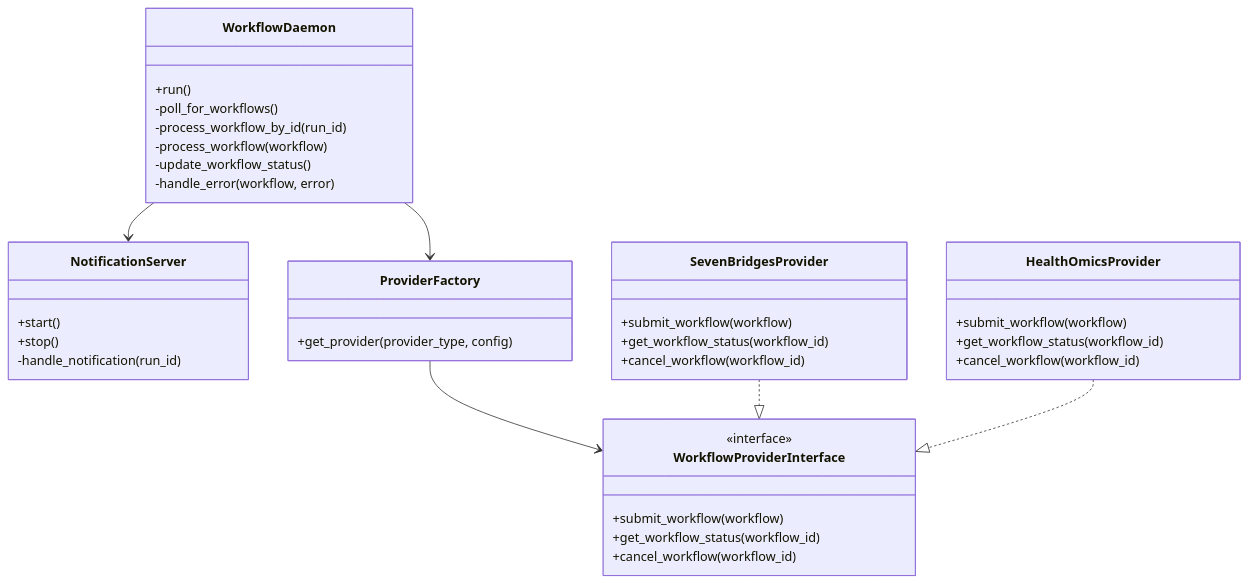
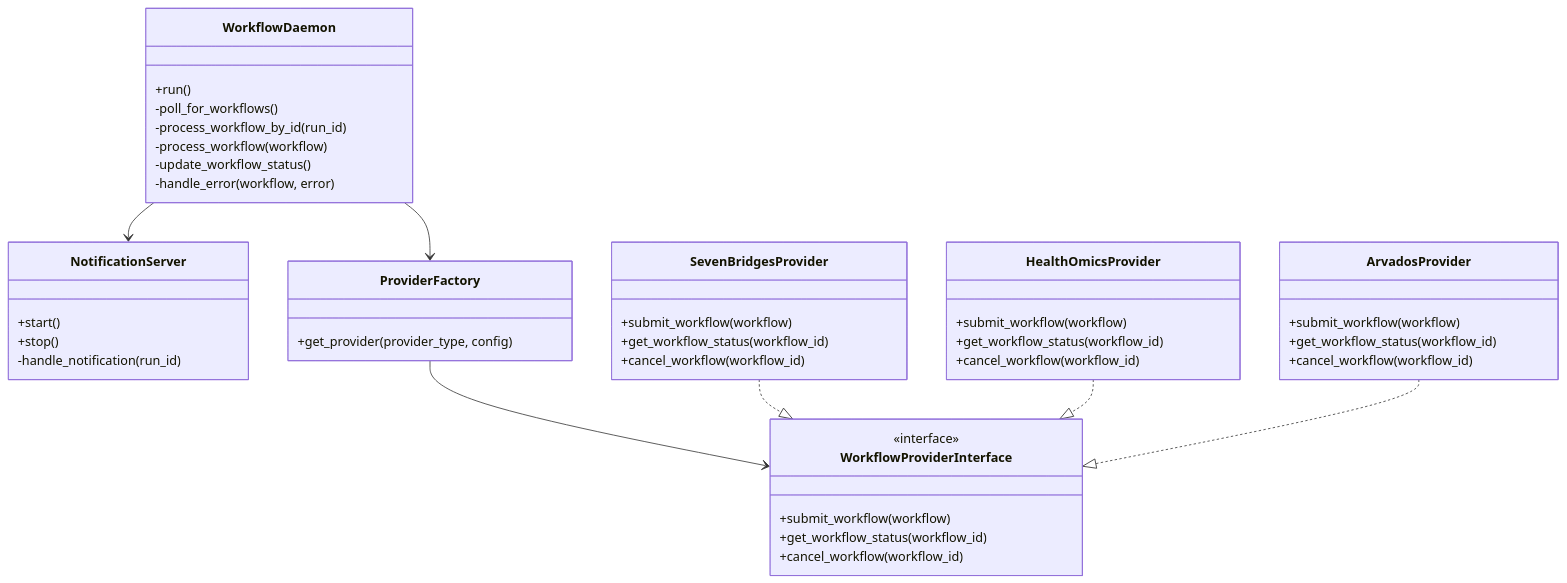
Before and after one commit to NGS360/GA4GH-WES-API-Service: the second of 2 diagrams in workflow_daemon_implementation_plan.md, drawn with Mermaid. The commit also changed other lines of this file and 6 other files, not shown here.

Commit message:
Add Arvados as provider

````diff
--- a/workflow_daemon_implementation_plan.md
+++ b/workflow_daemon_implementation_plan.md
@@ -32,46 +33,53 @@
 ```mermaid
 classDiagram
     class WorkflowDaemon {
         +run()
         -poll_for_workflows()
         -process_workflow_by_id(run_id)
         -process_workflow(workflow)
         -update_workflow_status()
         -handle_error(workflow, error)
     }
     
     class NotificationServer {
         +start()
         +stop()
         -handle_notification(run_id)
     }
     
     class ProviderFactory {
         +get_provider(provider_type, config)
     }
     
     class WorkflowProviderInterface {
         <<interface>>
         +submit_workflow(workflow)
         +get_workflow_status(workflow_id)
         +cancel_workflow(workflow_id)
     }
     
     class SevenBridgesProvider {
         +submit_workflow(workflow)
         +get_workflow_status(workflow_id)
         +cancel_workflow(workflow_id)
     }
     
     class HealthOmicsProvider {
         +submit_workflow(workflow)
         +get_workflow_status(workflow_id)
         +cancel_workflow(workflow_id)
     }
     
+    class ArvadosProvider {
+        +submit_workflow(workflow)
+        +get_workflow_status(workflow_id)
+        +cancel_workflow(workflow_id)
+    }
+    
     WorkflowDaemon --> NotificationServer
     WorkflowDaemon --> ProviderFactory
     ProviderFactory --> WorkflowProviderInterface
     SevenBridgesProvider ..|> WorkflowProviderInterface
     HealthOmicsProvider ..|> WorkflowProviderInterface
+    ArvadosProvider ..|> WorkflowProviderInterface
 ```
````
